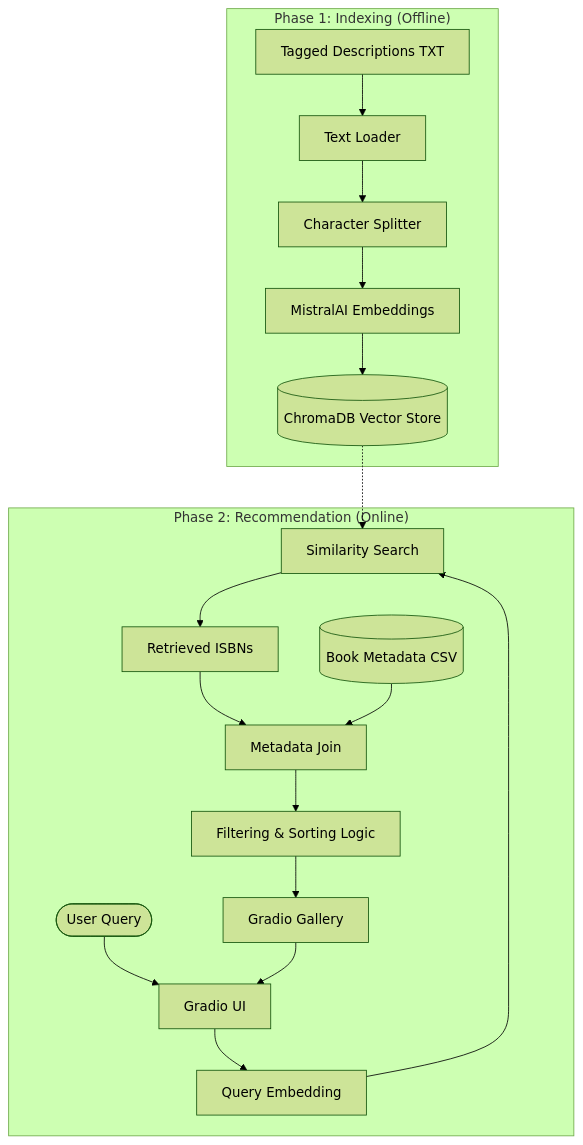
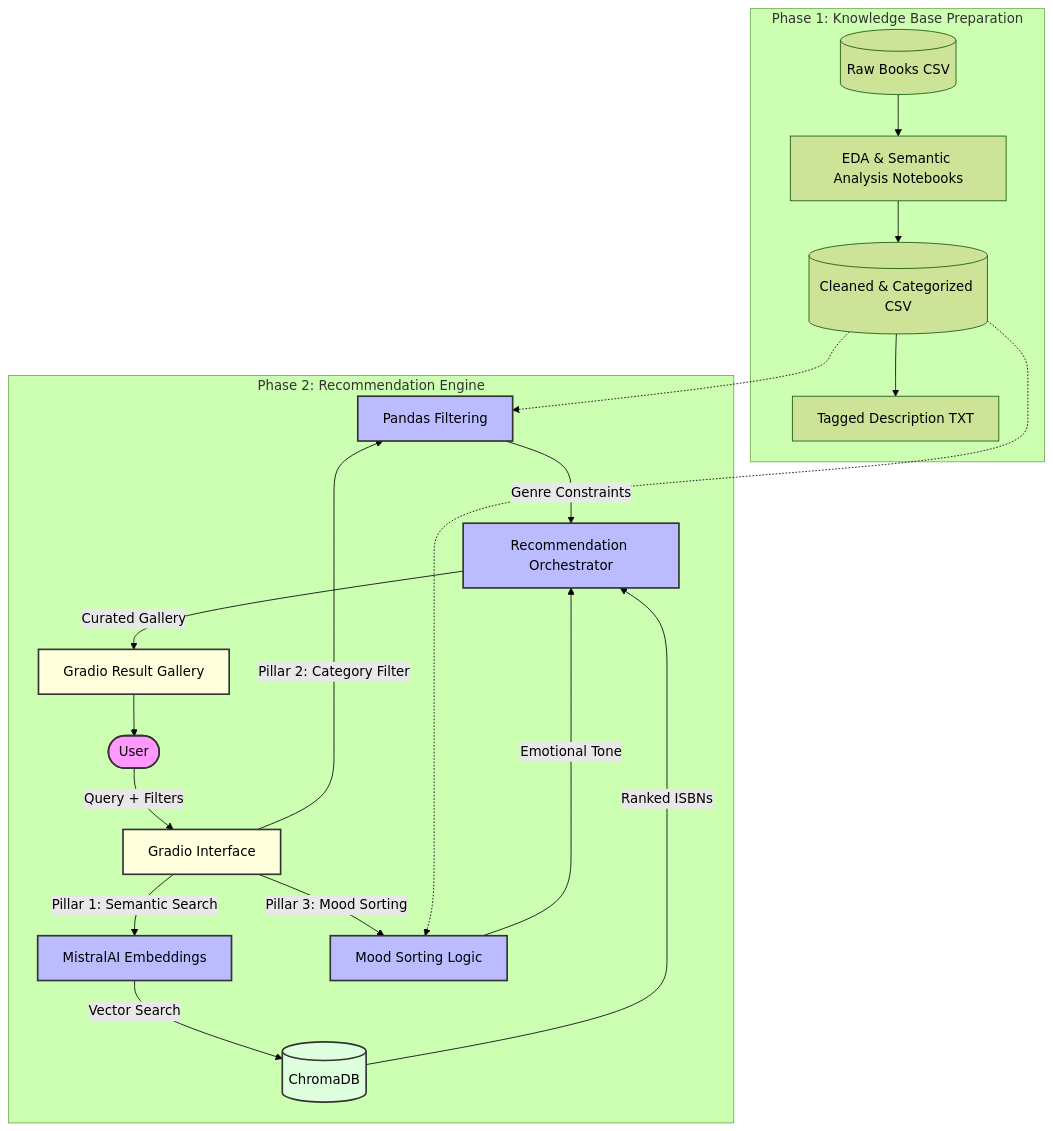
One commit to AhsanN51/Book_Recommender_System changed the diagram in README.md. Above: the diagram before and after it, drawn with Mermaid (forest theme). The commit also changed other lines of this file, not shown here.

Commit message:
readme 2

````diff
--- a/README.md
+++ b/README.md
@@ -29,22 +28,44 @@
 ```mermaid
 graph TD
-    subgraph "Phase 1: Indexing (Offline)"
-        Data[Tagged Descriptions TXT] --> Loader[Text Loader]
-        Loader --> Splitter[Character Splitter]
-        Splitter --> MistralEmbed[MistralAI Embeddings]
-        MistralEmbed --> ChromaDB[(ChromaDB Vector Store)]
+    %% Define Styles
+    classDef user fill:#f9f,stroke:#333,stroke-width:2px;
+    classDef logic fill:#bbf,stroke:#333,stroke-width:2px;
+    classDef data fill:#dfd,stroke:#333,stroke-width:2px;
+    classDef ui fill:#ffd,stroke:#333,stroke-width:2px;
+
+    subgraph "Phase 1: Knowledge Base Preparation"
+        RawCSV[(Raw Books CSV)] --> Notebooks[EDA & Semantic Analysis Notebooks]
+        Notebooks --> CleanedCSV[(Cleaned & Categorized CSV)]
+        CleanedCSV --> TaggedText[Tagged Description TXT]
     end
 
-    subgraph "Phase 2: Recommendation (Online)"
-        UserInput([User Query]) --> Gradio[Gradio UI]
-        Gradio --> QueryEmbed[Query Embedding]
-        QueryEmbed --> Search[Similarity Search]
-        ChromaDB -.-> Search
-        Search --> TopIDs[Retrieved ISBNs]
-        TopIDs --> Join[Metadata Join]
-        CSV[(Book Metadata CSV)] --> Join
-        Join --> Logic[Filtering & Sorting Logic]
-        Logic --> Gallery[Gradio Gallery]
-        Gallery --> Gradio
+    subgraph "Phase 2: Recommendation Engine"
+        User([User])
+        User -->|Query + Filters| Gradio[Gradio Interface]
+        
+        Gradio -->|Pillar 1: Semantic Search| Mistral[MistralAI Embeddings]
+        Mistral -->|Vector Search| Chroma[(ChromaDB)]
+        
+        Gradio -->|Pillar 2: Category Filter| PandasLogic[Pandas Filtering]
+        CleanedCSV -.-> PandasLogic
+        
+        Gradio -->|Pillar 3: Mood Sorting| SentimentLogic[Mood Sorting Logic]
+        CleanedCSV -.-> SentimentLogic
+        
+        Chroma -->|Ranked ISBNs| Recommender[Recommendation Orchestrator]
+        PandasLogic -->|Genre Constraints| Recommender
+        SentimentLogic -->|Emotional Tone| Recommender
+        
+        Recommender -->|Curated Gallery| ResultsWindow[Gradio Result Gallery]
+        ResultsWindow --> User
+
+        class User user
+        class Gradio ui
+        class Mistral logic
+        class Chroma data
+        class PandasLogic logic
+        class SentimentLogic logic
+        class Recommender logic
+        class ResultsWindow ui
     end
 ```
````
